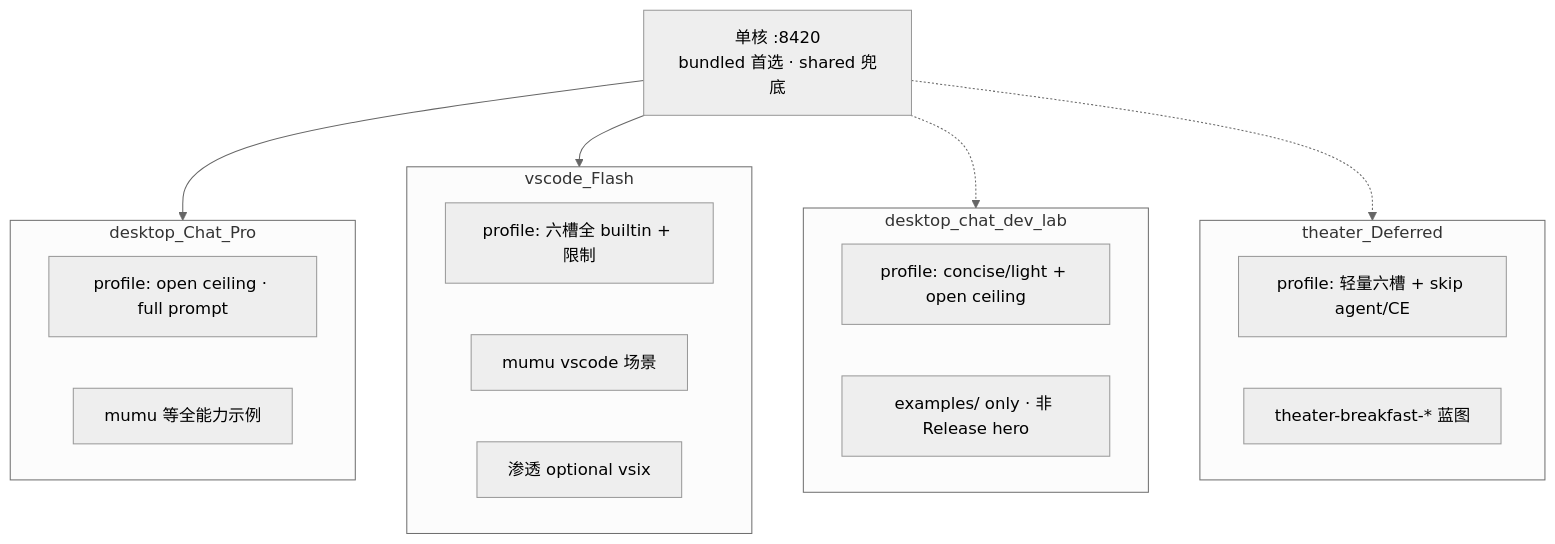
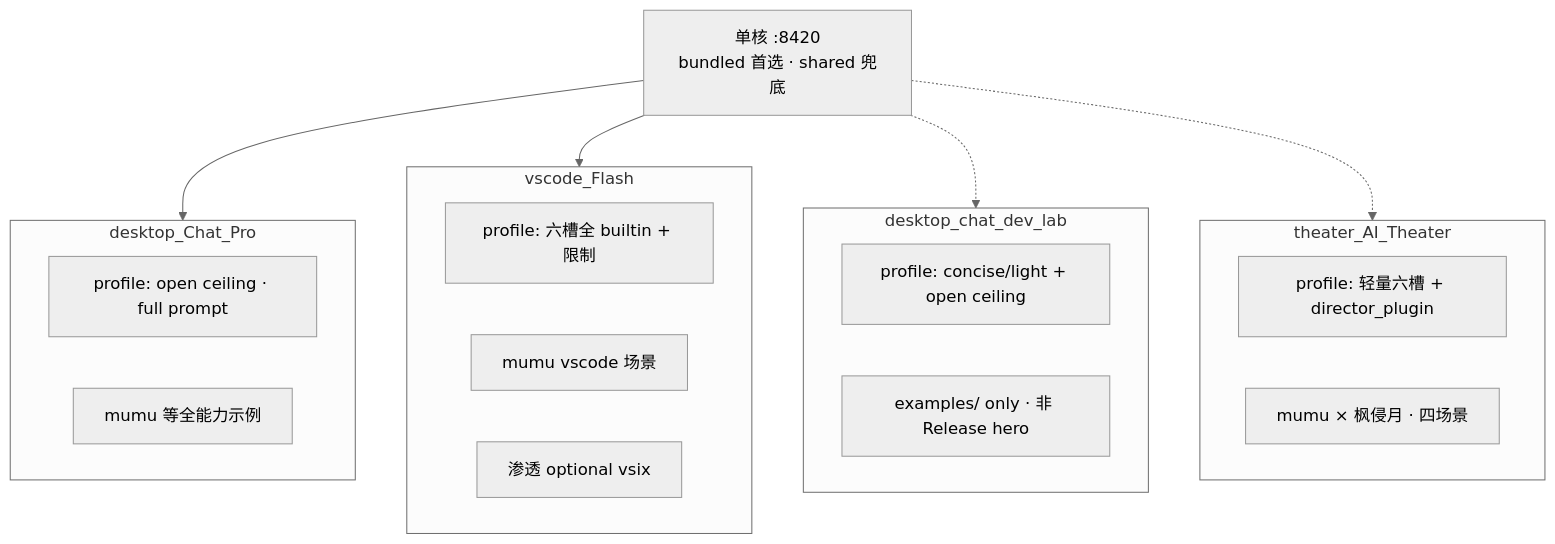
The diagram in creator-docs/kernel/DISTRO_DEFAULT_PLUGINS.md (linkaiheng2233-cyber/oclivenewnew), drawn with Mermaid (neutral theme) before and after one commit. The commit also changed other lines of this file and 166 other files, not shown here.

First line of the commit message:
feat(theater): scene director side-channel, cast UX, and team handoff docs

````diff
--- a/creator-docs/kernel/DISTRO_DEFAULT_PLUGINS.md
+++ b/creator-docs/kernel/DISTRO_DEFAULT_PLUGINS.md
@@ -44,25 +44,25 @@
 ```mermaid
 flowchart TB
   kernel["单核 :8420\nbundled 首选 · shared 兜底"]
   subgraph pro [desktop_Chat_Pro]
     proProfile["profile: open ceiling · full prompt"]
     proRoles["mumu 等全能力示例"]
   end
   subgraph flash [vscode_Flash]
     vsProfile["profile: 六槽全 builtin + 限制"]
     vsRoles["mumu vscode 场景"]
     vsPlugin["渗透 optional vsix"]
   end
   subgraph lab [desktop_chat_dev_lab]
     dcProfile["profile: concise/light + open ceiling"]
     dcNote["examples/ only · 非 Release hero"]
   end
-  subgraph theater [theater_Deferred]
-    thProfile["profile: 轻量六槽 + skip agent/CE"]
-    thRoles["theater-breakfast-* 蓝图"]
+  subgraph theater [theater_AI_Theater]
+    thProfile["profile: 轻量六槽 + director_plugin"]
+    thRoles["mumu × 枫侵月 · 四场景"]
   end
   kernel --> pro
   kernel --> flash
   kernel -.-> lab
   kernel -.-> theater
 ```
````
